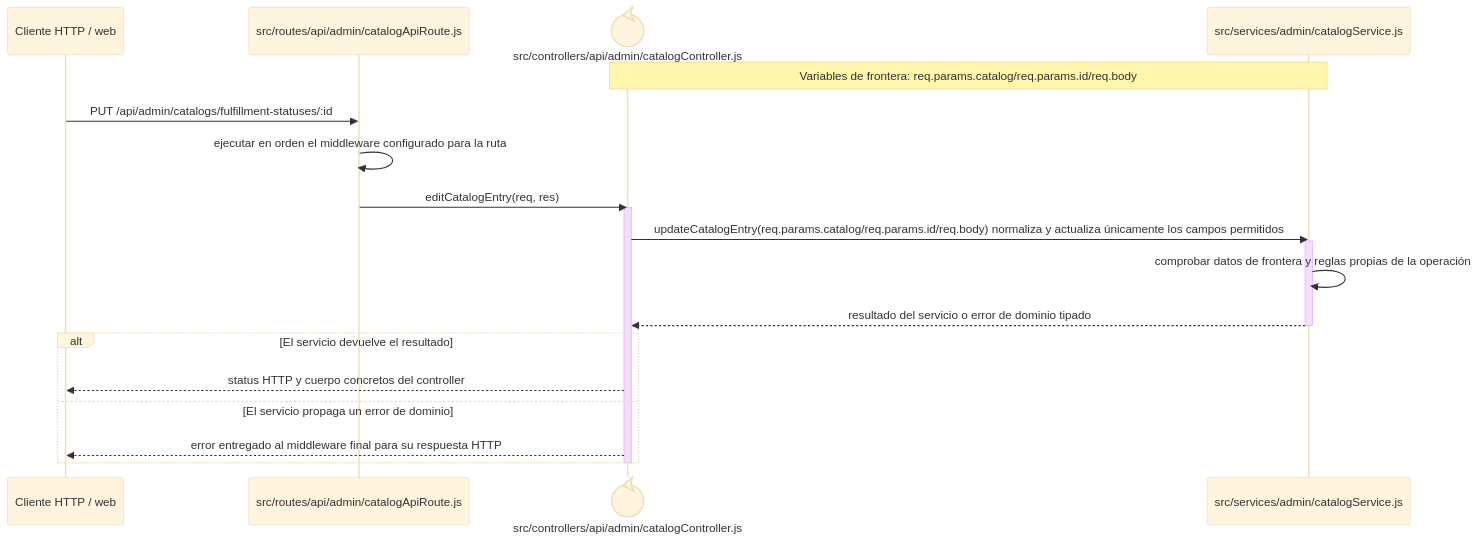
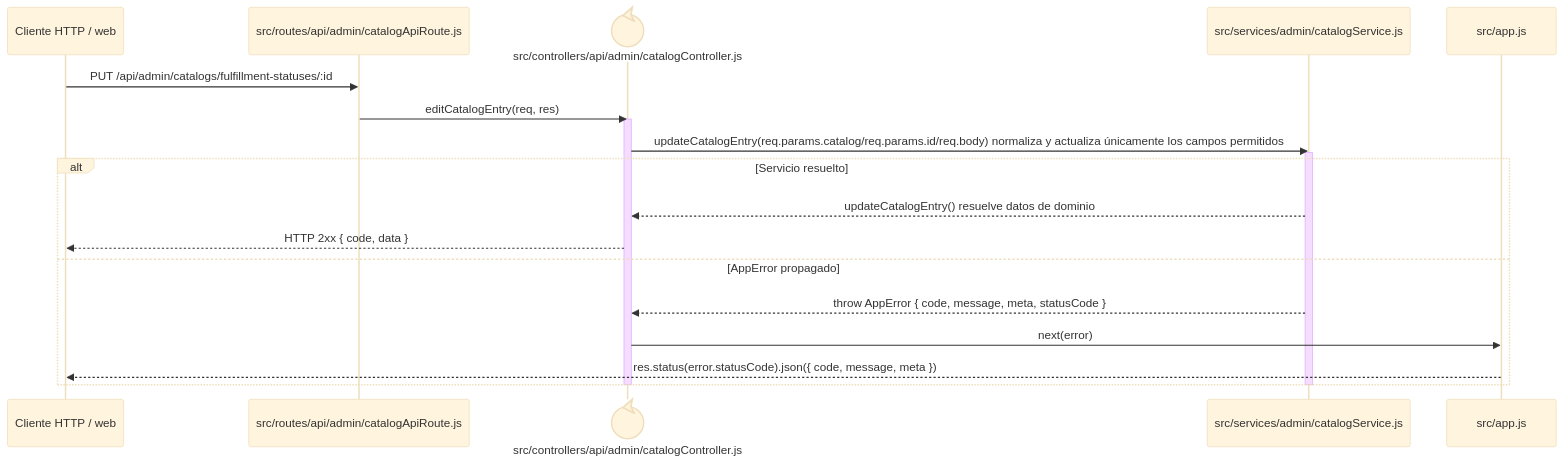
Before and after one commit to gpgsistemas01/nexus: the diagram in docs/architecture/backend-code-sequences/catalogs/cu-cat-26.md, drawn with Mermaid (base theme). The commit also changed 148 other files, not shown here.

````diff
--- a/docs/architecture/backend-code-sequences/catalogs/cu-cat-26.md
+++ b/docs/architecture/backend-code-sequences/catalogs/cu-cat-26.md
@@ -6,24 +6,24 @@
 ```mermaid
 sequenceDiagram
     participant Client as Cliente HTTP / web
     participant Route as src/routes/api/admin/catalogApiRoute.js
     participant Controller@{ "type": "control" } as src/controllers/api/admin/catalogController.js
     participant Domain as src/services/admin/catalogService.js
-    Note over Controller,Domain: Variables de frontera: req.params.catalog/req.params.id/req.body
+    participant ErrorHandler as src/app.js
 
     Client->>Route: PUT /api/admin/catalogs/fulfillment-statuses/:id
-    Route->>Route: ejecutar en orden el middleware configurado para la ruta
     Route->>Controller: editCatalogEntry(req, res)
     activate Controller
     Controller->>Domain: updateCatalogEntry(req.params.catalog/req.params.id/req.body) normaliza y actualiza únicamente los campos permitidos
     activate Domain
-    Domain->>Domain: comprobar datos de frontera y reglas propias de la operación
-    Domain-->>Controller: resultado del servicio o error de dominio tipado
+    alt Servicio resuelto
+        Domain-->>Controller: updateCatalogEntry() resuelve datos de dominio
+        Controller-->>Client: HTTP 2xx { code, data }
+    else AppError propagado
+        Domain-->>Controller: throw AppError { code, message, meta, statusCode }
+        Controller->>ErrorHandler: next(error)
+        ErrorHandler-->>Client: res.status(error.statusCode).json({ code, message, meta })
+    end
     deactivate Domain
-    alt El servicio devuelve el resultado
-        Controller-->>Client: status HTTP y cuerpo concretos del controller
-    else El servicio propaga un error de dominio
-        Controller-->>Client: error entregado al middleware final para su respuesta HTTP
-    end
     deactivate Controller
 ```
````
